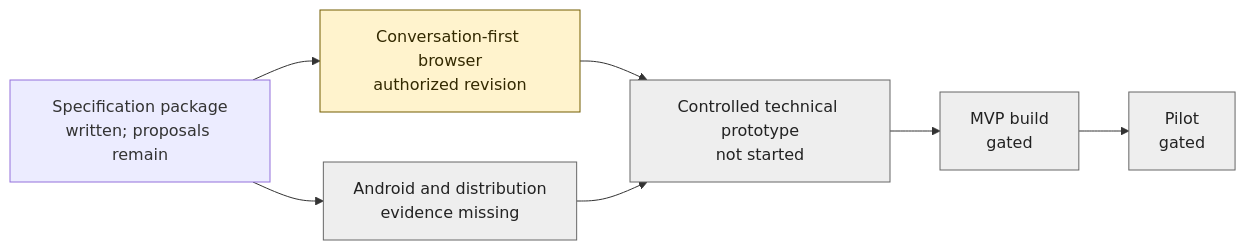
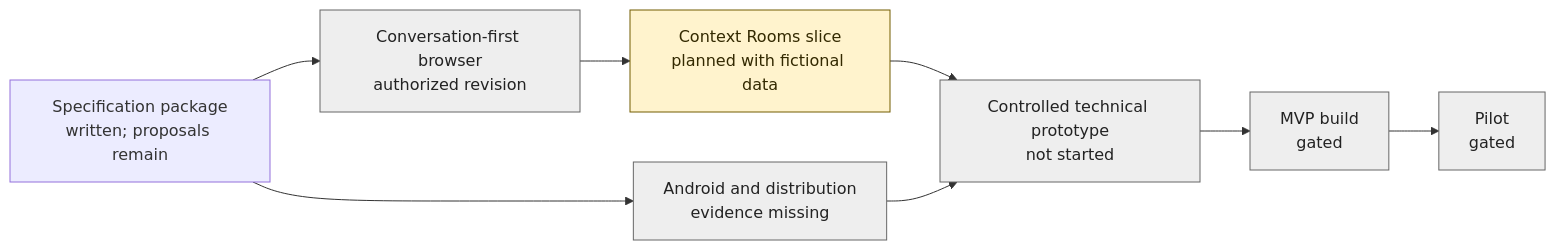
Before and after one commit to Pueblo98/Granny: the diagram in docs/Cockpit.md, drawn with Mermaid. The commit also changed other lines of this file and 45 other files, not shown here.

Commit message:
docs: propagate Context Rooms plan

````diff
--- a/docs/Cockpit.md
+++ b/docs/Cockpit.md
@@ -29,13 +29,14 @@
 ```mermaid
 flowchart LR
   A["Specification package<br/>written; proposals remain"] --> B["Conversation-first browser<br/>authorized revision"]
   A --> C["Android and distribution<br/>evidence missing"]
-  B --> D["Controlled technical prototype<br/>not started"]
+  B --> R["Context Rooms slice<br/>planned with fictional data"]
+  R --> D["Controlled technical prototype<br/>not started"]
   C --> D
   D --> E["MVP build<br/>gated"]
   E --> F["Pilot<br/>gated"]
   classDef current fill:#fff3cd,stroke:#735c00,color:#332900
   classDef waiting fill:#eeeeee,stroke:#666666,color:#222222
-  class B current
-  class C,D,E,F waiting
+  class R current
+  class B,C,D,E,F waiting
 ```
````
